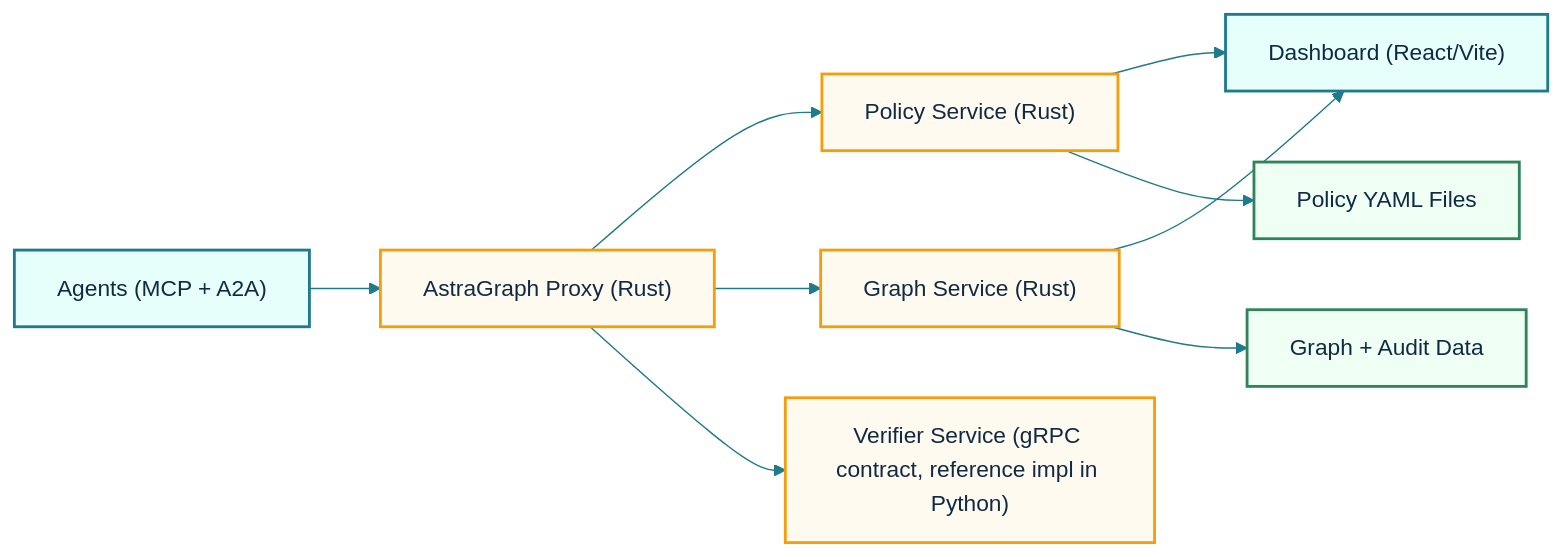
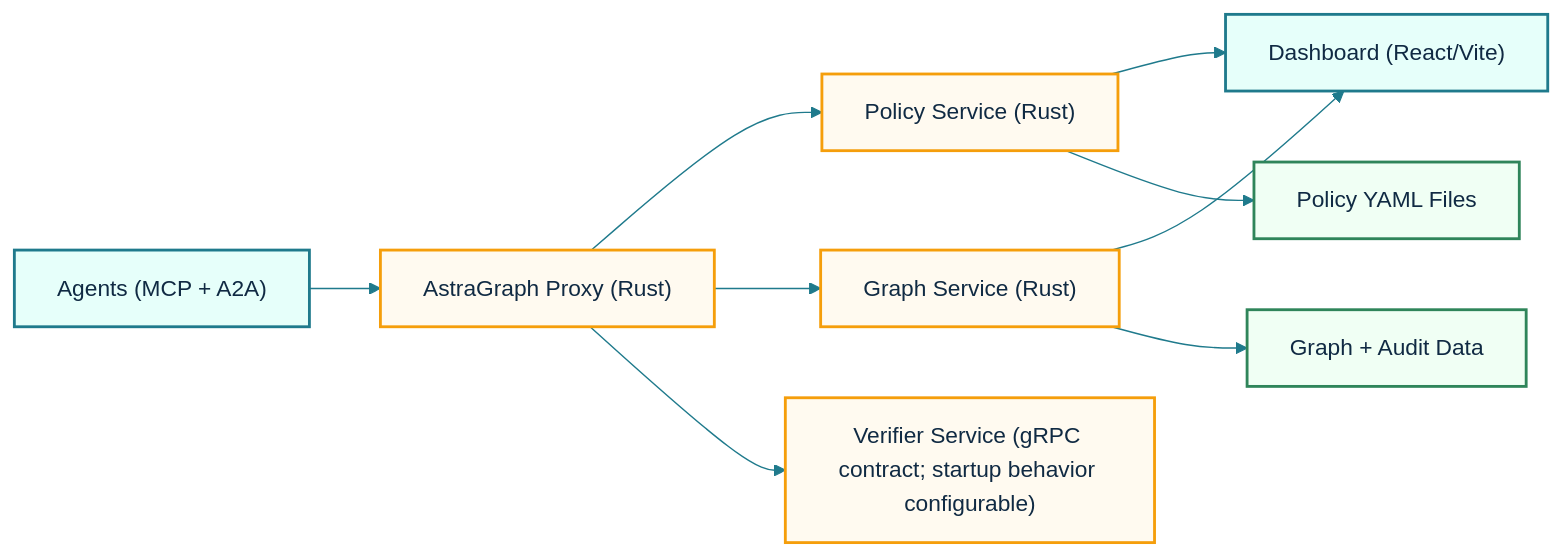
One commit to yagna-1/astragraph changed the first of 2 diagrams in README.md. Above: the diagram before and after it, drawn with Mermaid. The commit also changed other lines of this file, not shown here.

Commit message:
Docs: align architecture and decision flow diagrams

````diff
--- a/README.md
+++ b/README.md
@@ -26,27 +26,27 @@
 ```mermaid
 %%{init: {'theme':'base','themeVariables':{
 'primaryColor':'#e6fffa',
 'primaryTextColor':'#102a43',
 'primaryBorderColor':'#1f7a8c',
 'lineColor':'#1f7a8c',
 'secondaryColor':'#f0fff4',
 'tertiaryColor':'#fffaf0'
 }}}%%
 flowchart LR
     AGENTS["Agents (MCP + A2A)"] --> PROXY["AstraGraph Proxy (Rust)"]
     PROXY --> POLICY["Policy Service (Rust)"]
     PROXY --> GRAPH["Graph Service (Rust)"]
-    PROXY --> VERIFIER["Verifier Service (gRPC contract, reference impl in Python)"]
+    PROXY --> VERIFIER["Verifier Service (gRPC contract; startup behavior configurable)"]
     GRAPH --> DASH["Dashboard (React/Vite)"]
     POLICY --> DASH
     POLICY --> POLICYFILES["Policy YAML Files"]
     GRAPH --> DATASTORE["Graph + Audit Data"]
 
     classDef edge fill:#e6fffa,stroke:#1f7a8c,stroke-width:2px,color:#102a43;
     classDef core fill:#fffaf0,stroke:#f59e0b,stroke-width:2px,color:#102a43;
     classDef store fill:#f0fff4,stroke:#2f855a,stroke-width:2px,color:#102a43;
 
     class AGENTS,DASH edge;
     class PROXY,POLICY,GRAPH,VERIFIER core;
     class POLICYFILES,DATASTORE store;
 ```
````
